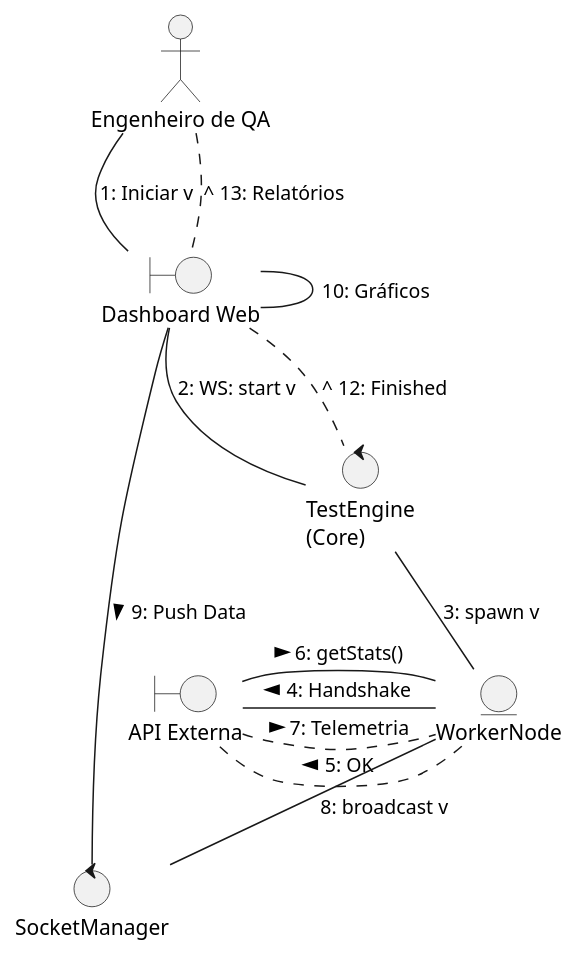
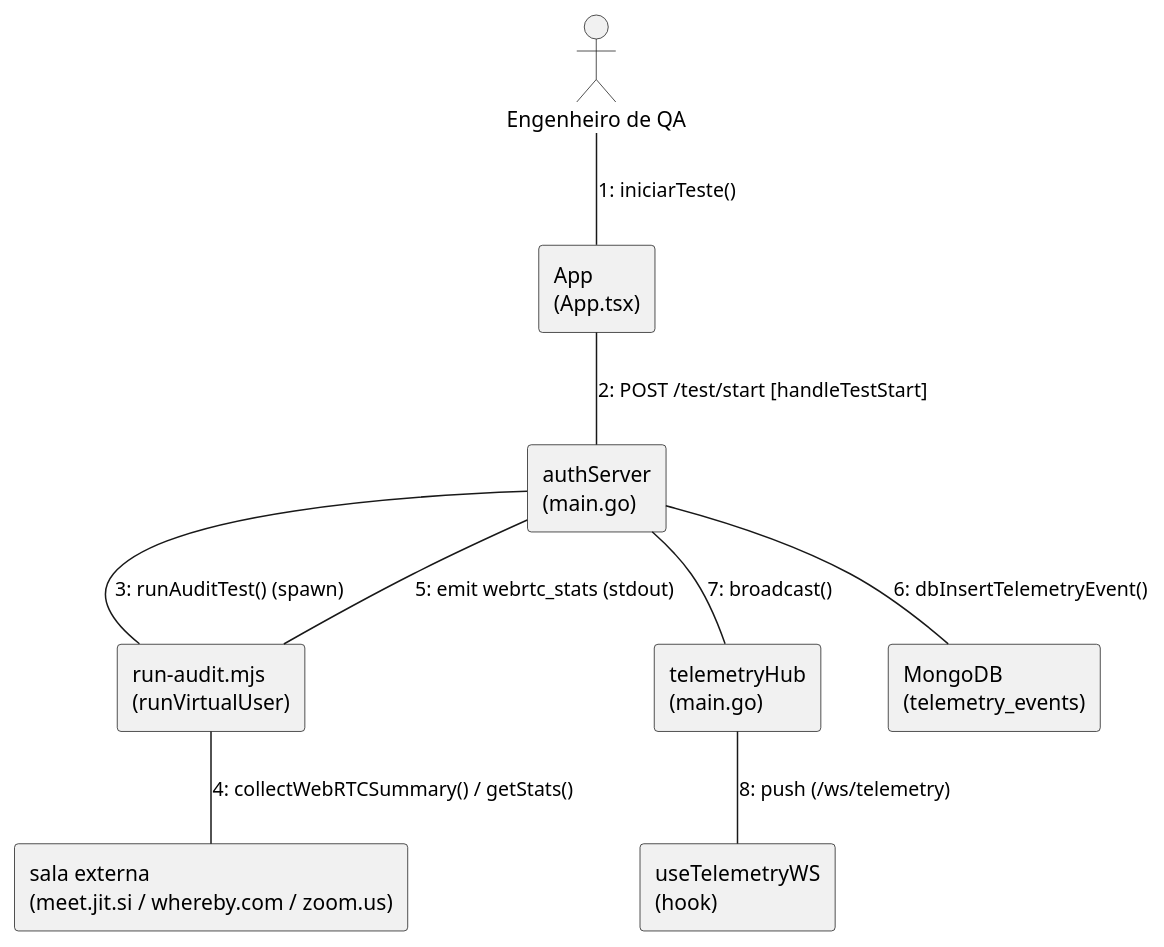
The diagram in Artefatos/DiagramaDeComunicacaoExecucaoETelemetria.puml (ICEI-PUC-Minas-PPLES-TI/plf-es-2025-2-tcci-0393100-dev-rafael-parreira), drawn with PlantUML before and after one commit. The commit also changed 16 other files, not shown here.

First line of the commit message:
feat: implementa Strategy/Factory de provedores e revisa diagramas para refletir o sistema real

```diff
--- a/Artefatos/DiagramaDeComunicacaoExecucaoETelemetria.puml
+++ b/Artefatos/DiagramaDeComunicacaoExecucaoETelemetria.puml
@@ -1,30 +1,23 @@
 @startuml
 skinparam shadowing false
-skinparam MaxMessageSize 100
+skinparam nodesep 45
+skinparam ranksep 55
 
 actor "Engenheiro de QA" as QA
-boundary "Dashboard Web" as Web
-control "TestEngine\n(Core)" as Core
-entity "WorkerNode" as Worker
-control "SocketManager" as Socket
-boundary "API Externa" as Ext
+rectangle "App\n(App.tsx)" as App
+rectangle "authServer\n(main.go)" as Core
+rectangle "run-audit.mjs\n(runVirtualUser)" as Runner
+rectangle "sala externa\n(meet.jit.si / whereby.com / zoom.us)" as Ext
+rectangle "telemetryHub\n(main.go)" as Hub
+rectangle "useTelemetryWS\n(hook)" as WS
+rectangle "MongoDB\n(telemetry_events)" as DB
 
-' Topo
-QA -down- Web : "1: Iniciar v"
-Web -down- Core : "2: WS: start v"
-
-' Centro e Base
-Core -down- Worker : "3: spawn v"
-Worker -right- Ext : "4: Handshake >"
-Ext .left. Worker : "< 5: OK"
-
-Worker -down- Socket : "8: broadcast v"
-Socket -left- Web : "9: Push Data <"
-Web -right- Web : "10: Gráficos"
-
-Worker -left- Ext : "6: getStats() <"
-Ext .right. Worker : "> 7: Telemetria"
-
-Core .up. Web : "^ 12: Finished"
-Web .up. QA : "^ 13: Relatórios"
+QA -- App : 1: iniciarTeste()
+App -- Core : 2: POST /test/start [handleTestStart]
+Core -- Runner : 3: runAuditTest() (spawn)
+Runner -- Ext : 4: collectWebRTCSummary() / getStats()
+Runner -- Core : 5: emit webrtc_stats (stdout)
+Core -- DB : 6: dbInsertTelemetryEvent()
+Core -- Hub : 7: broadcast()
+Hub -- WS : 8: push (/ws/telemetry)
 @enduml
```
